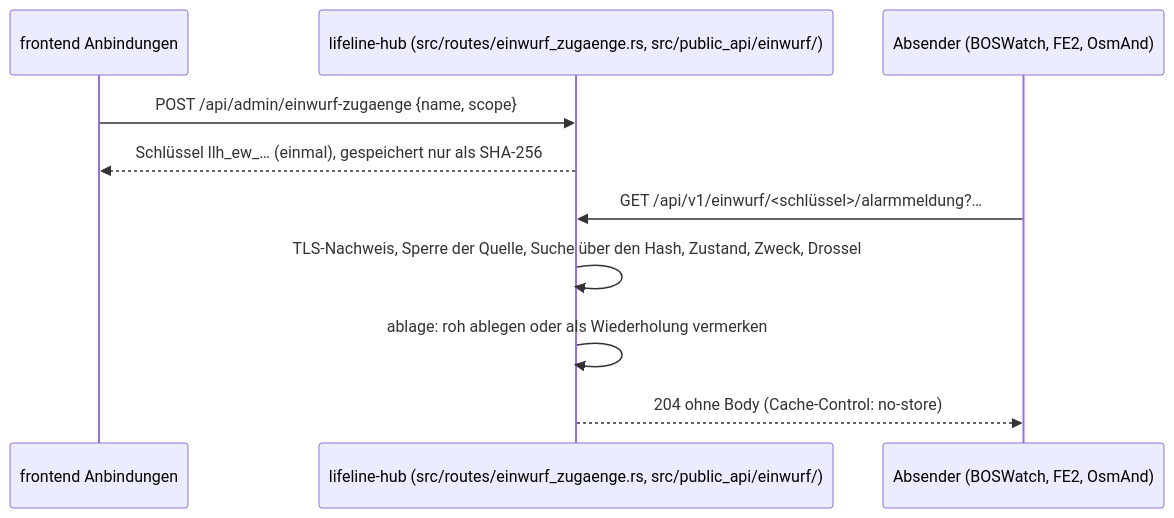
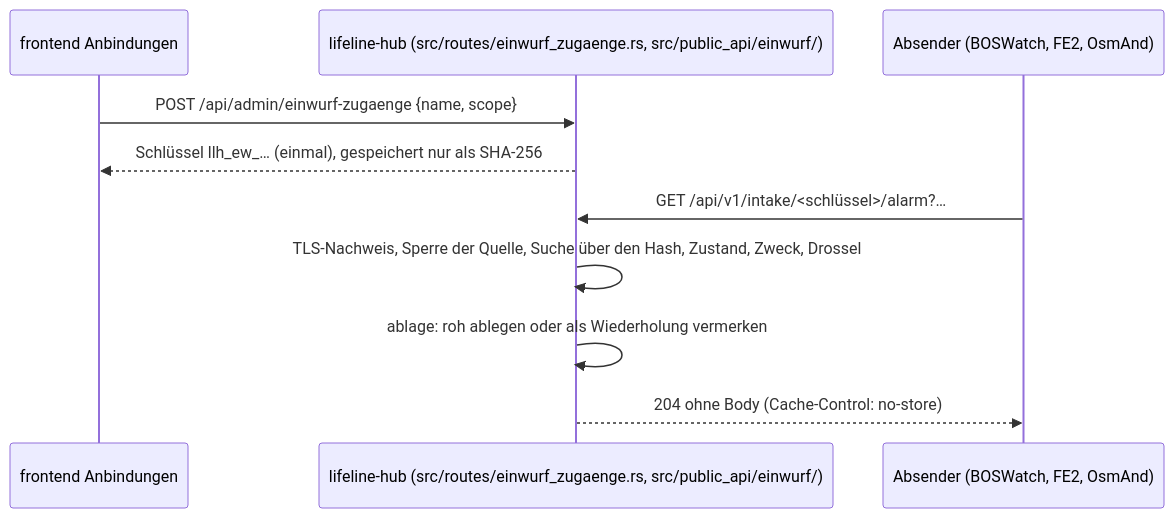
Diagram 13 of 19 in docs/architektur/06-laufzeitsicht.md (rubenvitt/lifeline-hub), drawn with Mermaid before and after one commit. The commit also changed other lines of this file and 61 other files, not shown here.

````diff
--- a/docs/architektur/06-laufzeitsicht.md
+++ b/docs/architektur/06-laufzeitsicht.md
@@ -556,12 +556,12 @@
 ```mermaid
 sequenceDiagram
   participant Admin as frontend Anbindungen
   participant Hub as lifeline-hub (src/routes/einwurf_zugaenge.rs, src/public_api/einwurf/)
   participant A as Absender (BOSWatch, FE2, OsmAnd)
   Admin->>Hub: POST /api/admin/einwurf-zugaenge {name, scope}
   Hub-->>Admin: Schlüssel llh_ew_… (einmal), gespeichert nur als SHA-256
-  A->>Hub: GET /api/v1/einwurf/<schlüssel>/alarmmeldung?…
+  A->>Hub: GET /api/v1/intake/<schlüssel>/alarm?…
   Hub->>Hub: TLS-Nachweis, Sperre der Quelle, Suche über den Hash, Zustand, Zweck, Drossel
   Hub->>Hub: ablage: roh ablegen oder als Wiederholung vermerken
   Hub-->>A: 204 ohne Body (Cache-Control: no-store)
 ```
````
